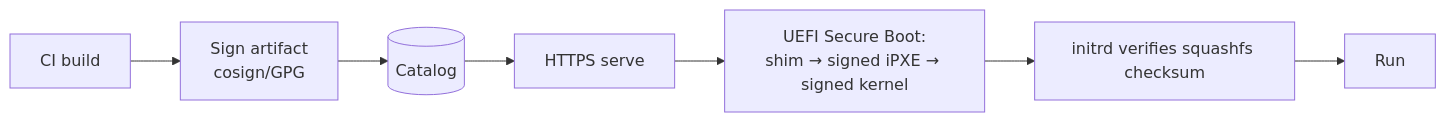
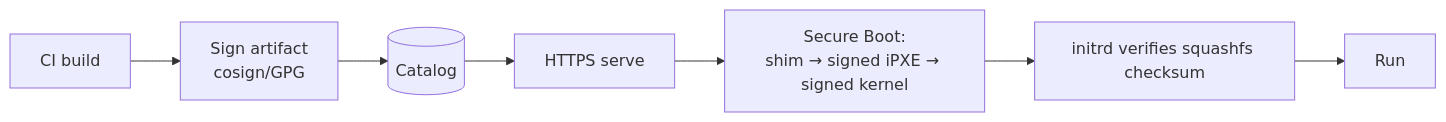
Before and after one commit to Manikanta-Reddy-Pasala/PXE-Boot-Design: the diagram in docs/09-security.md, drawn with Mermaid. The commit also changed other lines of this file and 11 other files, not shown here.

````diff
--- a/docs/09-security.md
+++ b/docs/09-security.md
@@ -8,8 +7,8 @@
 ```mermaid
 flowchart LR
   BUILD[CI build] --> SIGN[Sign artifact<br/>cosign/GPG] --> CAT[(Catalog)]
   CAT --> HTTP[HTTPS serve]
-  HTTP --> SHIM[UEFI Secure Boot:<br/>shim → signed iPXE → signed kernel]
+  HTTP --> SHIM[Secure Boot:<br/>shim → signed iPXE → signed kernel]
   SHIM --> VERIFY[initrd verifies squashfs checksum]
   VERIFY --> RUN[Run]
 ```
````
